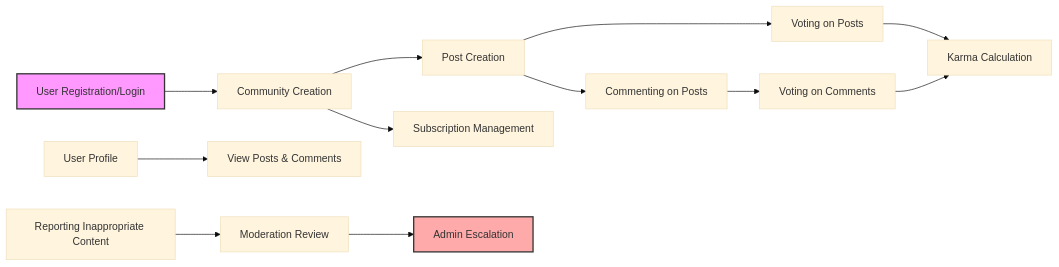
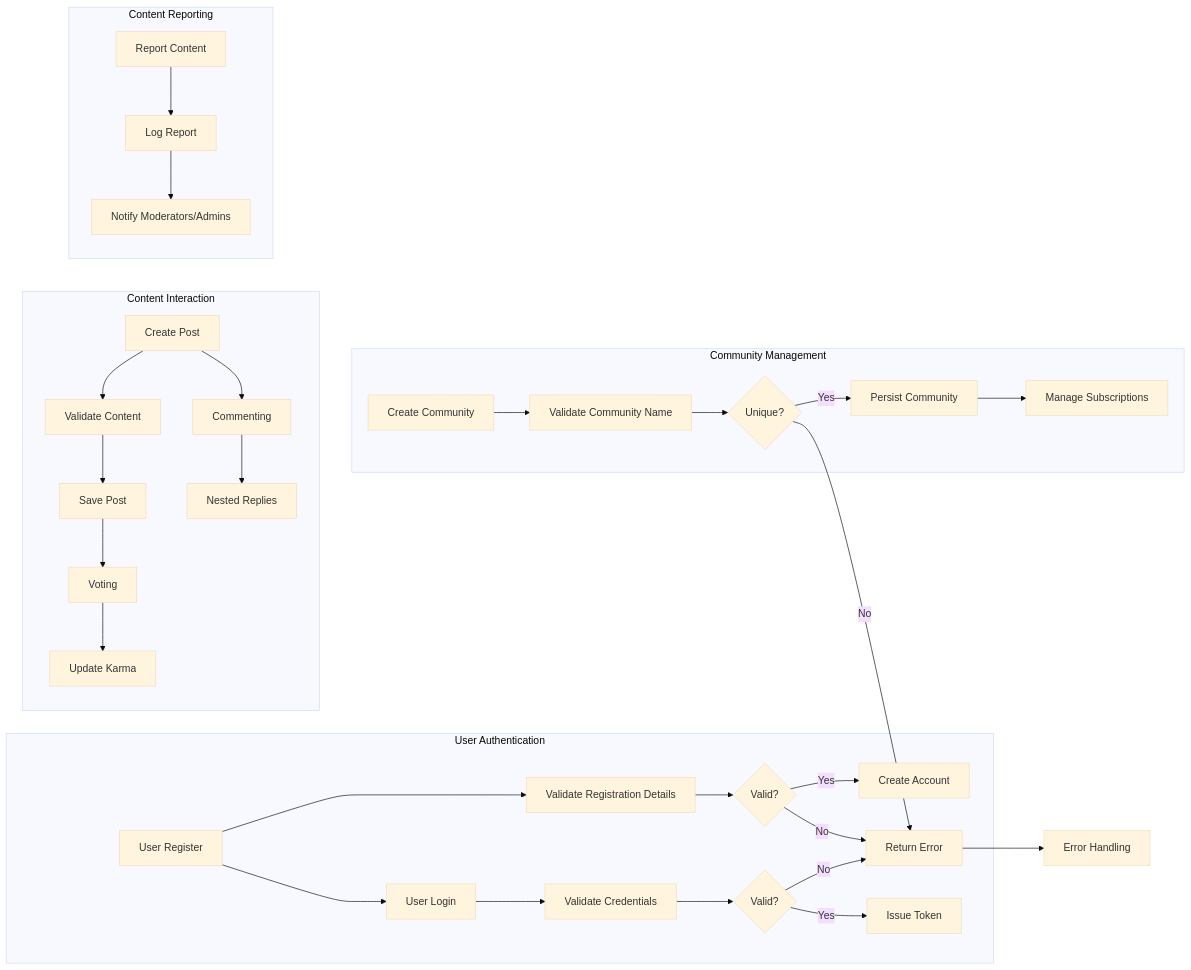
The diagram in openai/gpt-4.1-mini/reddit/docs/analysis/08-security.md (wrtnlabs/autobe-examples), drawn with Mermaid (base theme) before and after one commit. The commit also changed other lines of this file and 16146 other files, not shown here.

````diff
--- a/openai/gpt-4.1-mini/reddit/docs/analysis/08-security.md
+++ b/openai/gpt-4.1-mini/reddit/docs/analysis/08-security.md
@@ -176,17 +78,38 @@
 ```mermaid
 graph LR
-  A["User Registration/Login"] --> B["Community Creation"]
-  B --> C["Post Creation"]
-  C --> D["Voting on Posts"]
-  C --> E["Commenting on Posts"]
-  E --> F["Voting on Comments"]
-  B --> G["Subscription Management"]
-  H["User Profile"] --> I["View Posts & Comments"]
-  D --> J["Karma Calculation"]
-  F --> J
-  K["Reporting Inappropriate Content"] --> L["Moderation Review"]
-  L --> M["Admin Escalation"]
+  subgraph "User Authentication"
+    A["User Register"] --> B["Validate Registration Details"]
+    B --> C{"Valid?"}
+    C -->|"Yes"| D["Create Account"]
+    C -->|"No"| E["Return Error"]
+    A --> F["User Login"]
+    F --> G["Validate Credentials"]
+    G --> H{"Valid?"}
+    H -->|"Yes"| I["Issue Token"]
+    H -->|"No"| E
+  end
 
-  style A fill:#f9f,stroke:#333,stroke-width:2px
-  style M fill:#faa,stroke:#333,stroke-width:2px
+  subgraph "Community Management"
+    J["Create Community"] --> K["Validate Community Name"]
+    K --> L{"Unique?"}
+    L -->|"Yes"| M["Persist Community"]
+    L -->|"No"| E
+    M --> N["Manage Subscriptions"]
+  end
+
+  subgraph "Content Interaction"
+    O["Create Post"] --> P["Validate Content"]
+    P --> Q["Save Post"]
+    Q --> R["Voting"]
+    R --> S["Update Karma"]
+    O --> T["Commenting"]
+    T --> U["Nested Replies"]
+  end
+
+  subgraph "Content Reporting"
+    V["Report Content"] --> W["Log Report"]
+    W --> X["Notify Moderators/Admins"]
+  end
+
+  E --> Z["Error Handling"]
 ```
````
